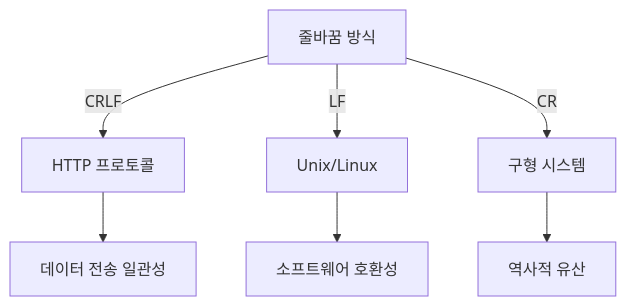
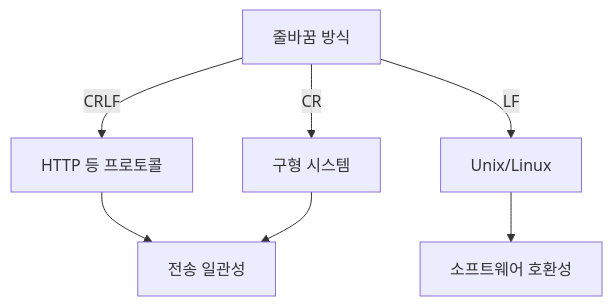
Before and after one commit to 42jerrykim/42jerrykim.github.io: the eighth of 8 diagrams in content/post/2024/2024-10-15-crlf/index.md, drawn with Mermaid. The commit also changed other lines of this file and 239 other files, not shown here.

````diff
--- a/content/post/2024/2024-10-15-crlf/index.md
+++ b/content/post/2024/2024-10-15-crlf/index.md
@@ -555,9 +389,15 @@
 ```mermaid
-graph TD;
-    A[줄바꿈 방식] -->|CRLF| B[HTTP 프로토콜]
-    A -->|LF| C[Unix/Linux]
-    A -->|CR| D[구형 시스템]
-    B --> E[데이터 전송 일관성]
-    C --> F[소프트웨어 호환성]
-    D --> G[역사적 유산]
+graph TD
+    EolType["줄바꿈 방식"]
+    HttpProto["HTTP 등 프로토콜"]
+    UnixLinux["Unix/Linux"]
+    LegacySys["구형 시스템"]
+    DataConsistency["전송 일관성"]
+    SwCompat["소프트웨어 호환성"]
+    EolType -->|"CRLF"| HttpProto
+    EolType -->|"LF"| UnixLinux
+    EolType -->|"CR"| LegacySys
+    HttpProto --> DataConsistency
+    UnixLinux --> SwCompat
+    LegacySys --> DataConsistency
 ```
````
